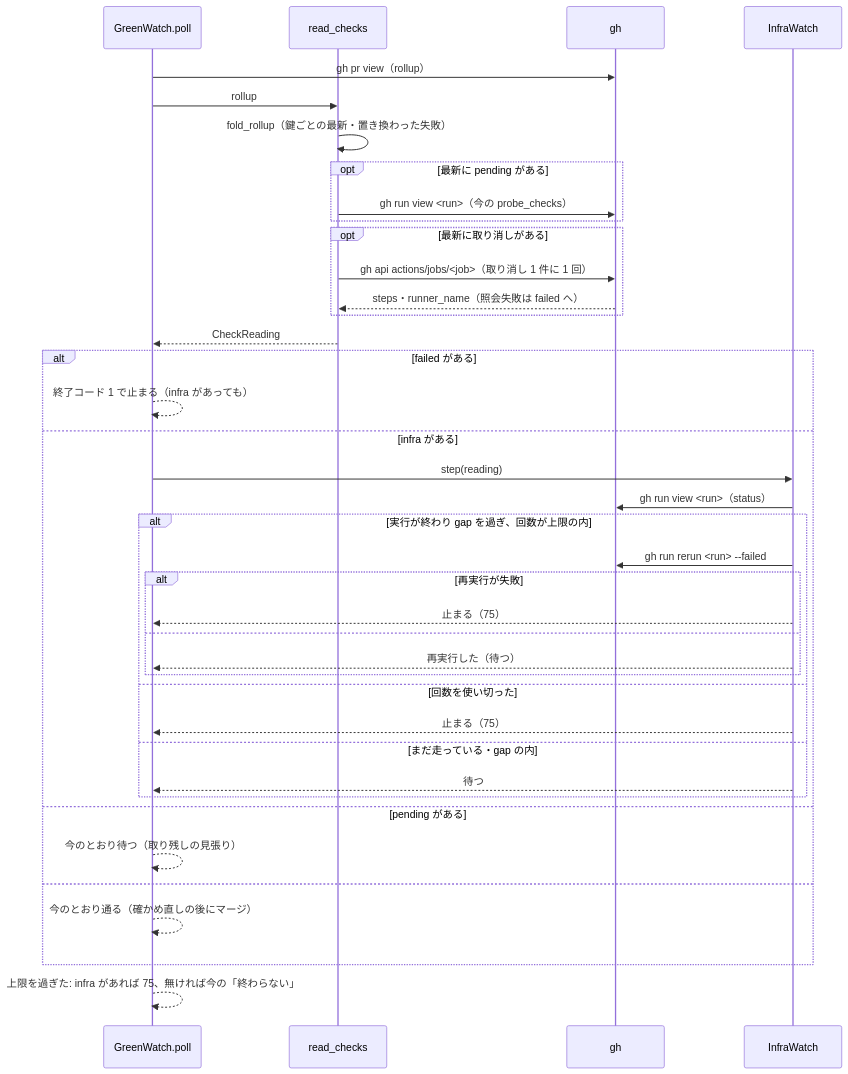
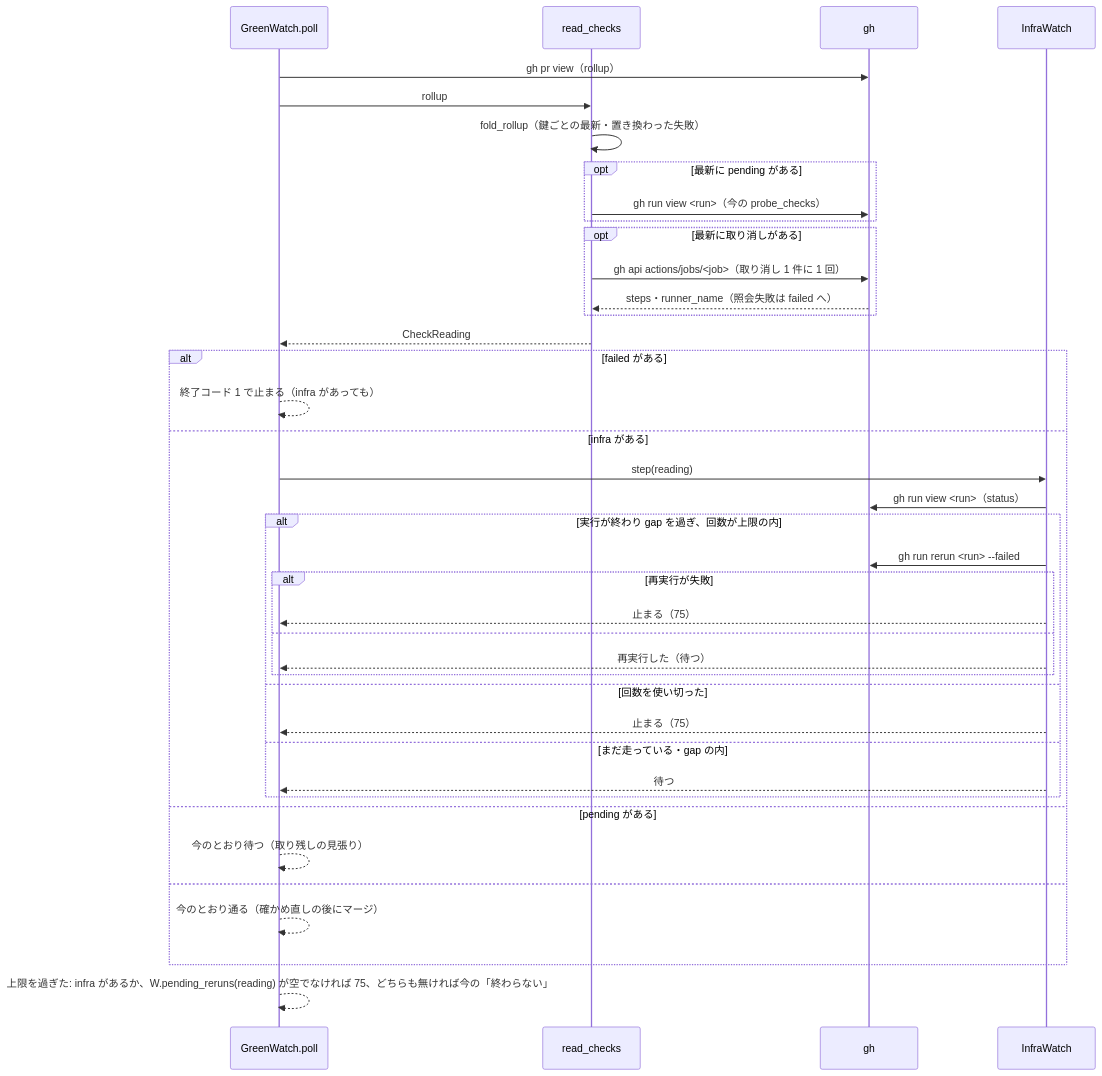
The third of 5 diagrams in issues/issue-1645-design.md (devbasex/ai-plugins), drawn with Mermaid before and after one commit. The commit also changed other lines of this file, not shown here.

First line of the commit message:
design(#1645): 待ちの上限で再実行したジョブが pending なら基盤待ち（75）で止める

````diff
--- a/issues/issue-1645-design.md
+++ b/issues/issue-1645-design.md
@@ -229,41 +230,41 @@
 ```mermaid
 sequenceDiagram
   participant G as GreenWatch.poll
   participant R as read_checks
   participant H as gh
   participant W as InfraWatch
   G->>H: gh pr view（rollup）
   G->>R: rollup
   R->>R: fold_rollup（鍵ごとの最新・置き換わった失敗）
   opt 最新に pending がある
     R->>H: gh run view <run>（今の probe_checks）
   end
   opt 最新に取り消しがある
     R->>H: gh api actions/jobs/<job>（取り消し 1 件に 1 回）
     H-->>R: steps・runner_name（照会失敗は failed へ）
   end
   R-->>G: CheckReading
   alt failed がある
     G-->>G: 終了コード 1 で止まる（infra があっても）
   else infra がある
     G->>W: step(reading)
     W->>H: gh run view <run>（status）
     alt 実行が終わり gap を過ぎ、回数が上限の内
       W->>H: gh run rerun <run> --failed
       alt 再実行が失敗
         W-->>G: 止まる（75）
       else
         W-->>G: 再実行した（待つ）
       end
     else 回数を使い切った
       W-->>G: 止まる（75）
     else まだ走っている・gap の内
       W-->>G: 待つ
     end
   else pending がある
     G-->>G: 今のとおり待つ（取り残しの見張り）
   else
     G-->>G: 今のとおり通る（確かめ直しの後にマージ）
   end
-  G-->>G: 上限を過ぎた: infra があれば 75、無ければ今の「終わらない」
+  G-->>G: 上限を過ぎた: infra があるか、W.pending_reruns(reading) が空でなければ 75、どちらも無ければ今の「終わらない」
 ```
````
